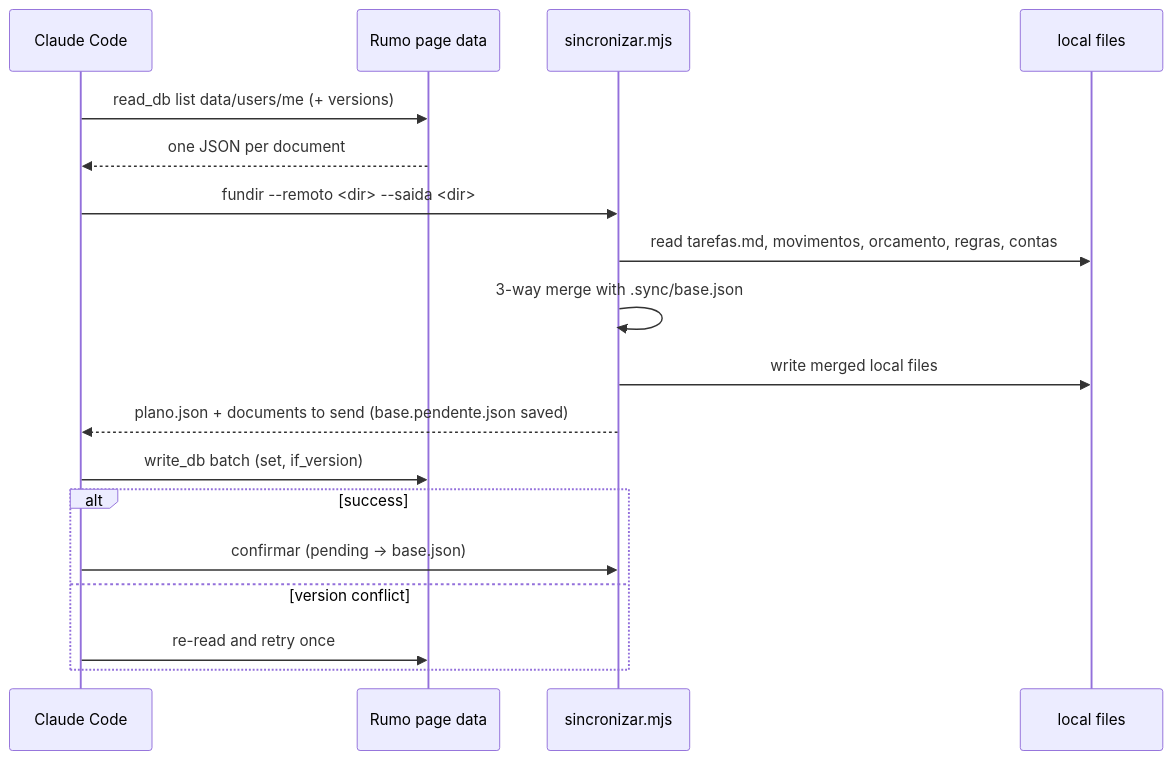
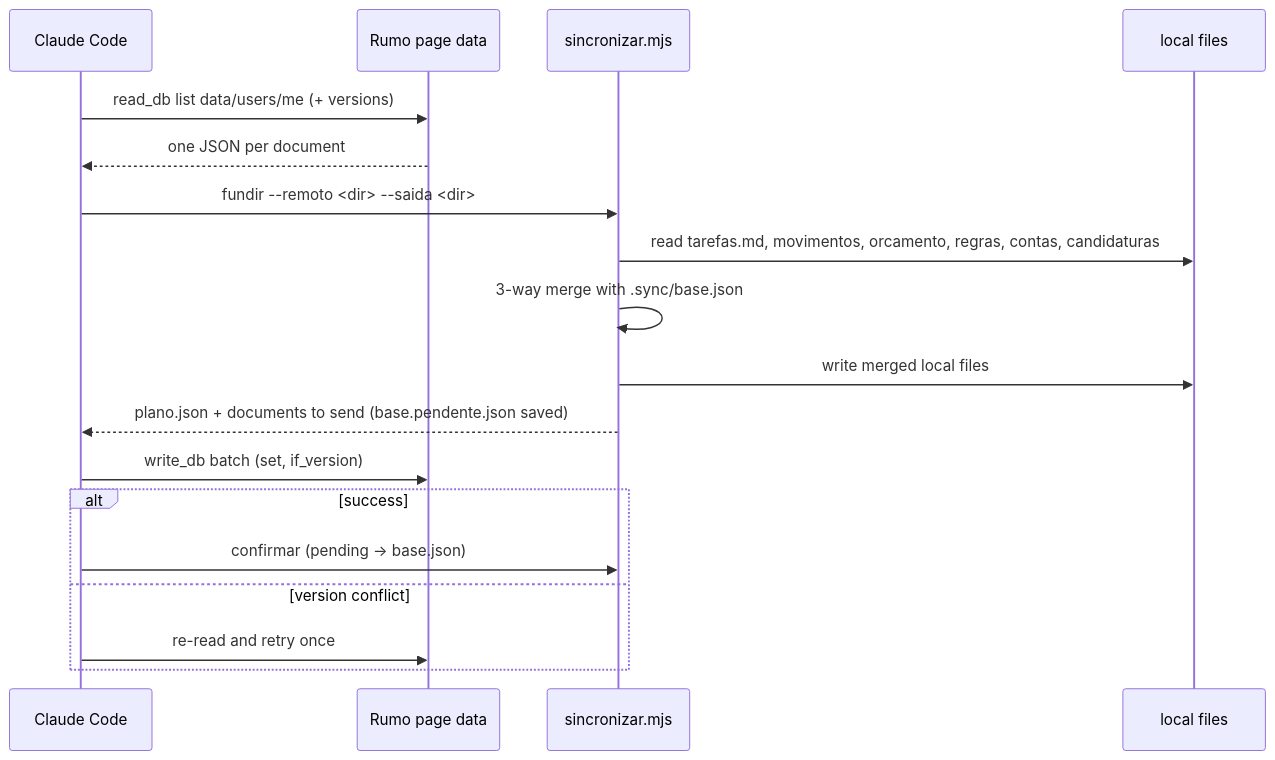
One commit to pinthoz/Rumo changed the second of 2 diagrams in docs/architecture.md. Above: the diagram before and after it, drawn with Mermaid. The commit also changed other lines of this file and 68 other files, not shown here.

````diff
--- a/docs/architecture.md
+++ b/docs/architecture.md
@@ -143,20 +173,20 @@
 ```mermaid
 sequenceDiagram
   participant C as Claude Code
   participant P as Rumo page data
   participant S as sincronizar.mjs
   participant F as local files
   C->>P: read_db list data/users/me (+ versions)
   P-->>C: one JSON per document
   C->>S: fundir --remoto <dir> --saida <dir>
-  S->>F: read tarefas.md, movimentos, orcamento, regras, contas
+  S->>F: read tarefas.md, movimentos, orcamento, regras, contas, candidaturas
   S->>S: 3-way merge with .sync/base.json
   S->>F: write merged local files
   S-->>C: plano.json + documents to send (base.pendente.json saved)
   C->>P: write_db batch (set, if_version)
   alt success
     C->>S: confirmar (pending → base.json)
   else version conflict
     C->>P: re-read and retry once
   end
 ```
````
